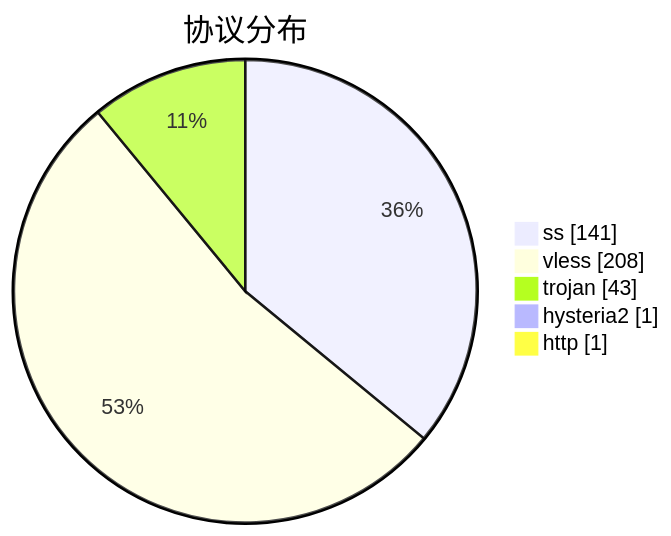
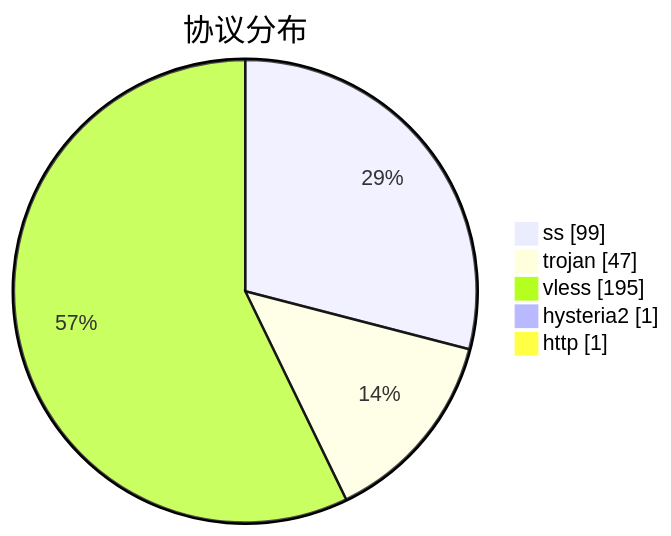
Before and after one commit to qjlxg/airport: the third of 3 diagrams in subs/statistics/tested_within.md, drawn with Mermaid. The commit also changed other lines of this file and 2 other files, not shown here.

````diff
--- a/subs/statistics/tested_within.md
+++ b/subs/statistics/tested_within.md
@@ -19,9 +19,9 @@
 ```mermaid
 pie showData
 title 协议分布
-"ss" : 141
-"vless" : 208
-"trojan" : 43
+"ss" : 99
+"trojan" : 47
+"vless" : 195
 "hysteria2" : 1
 "http" : 1
 ```
````
